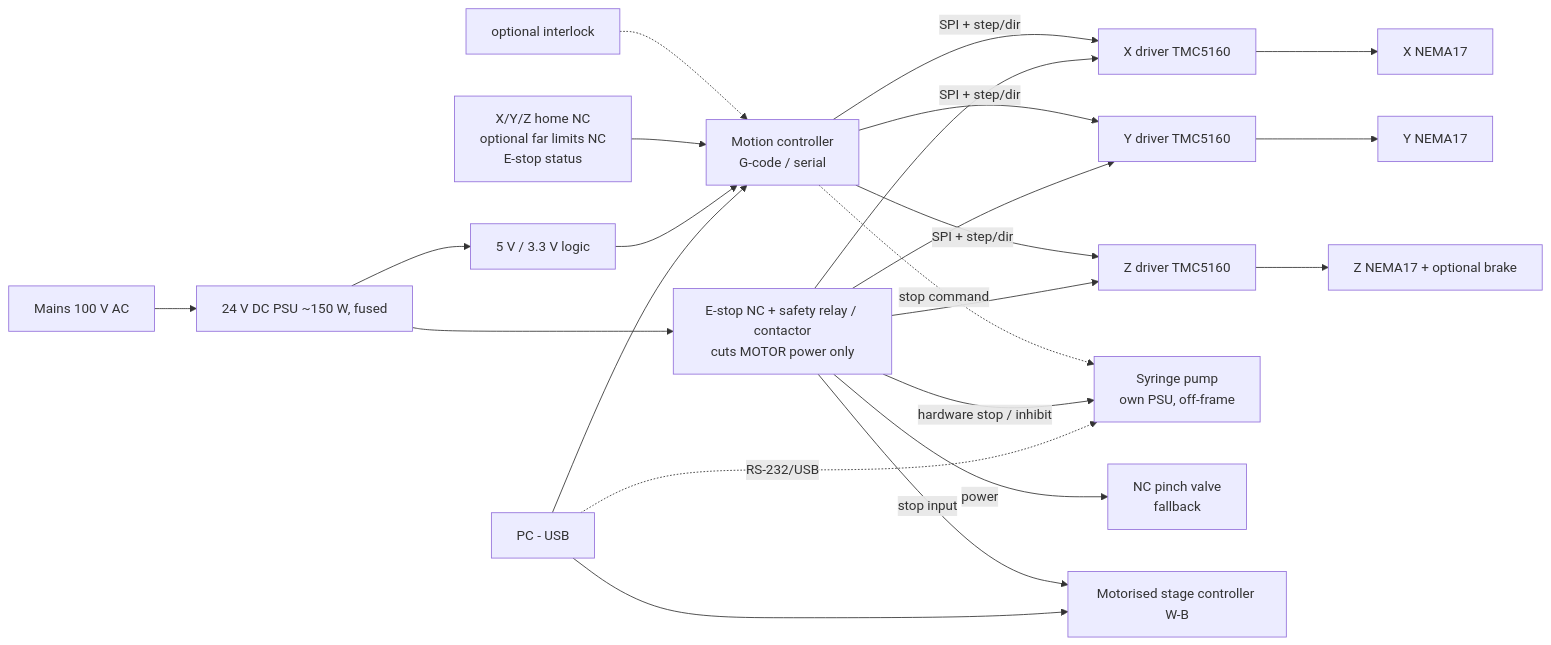
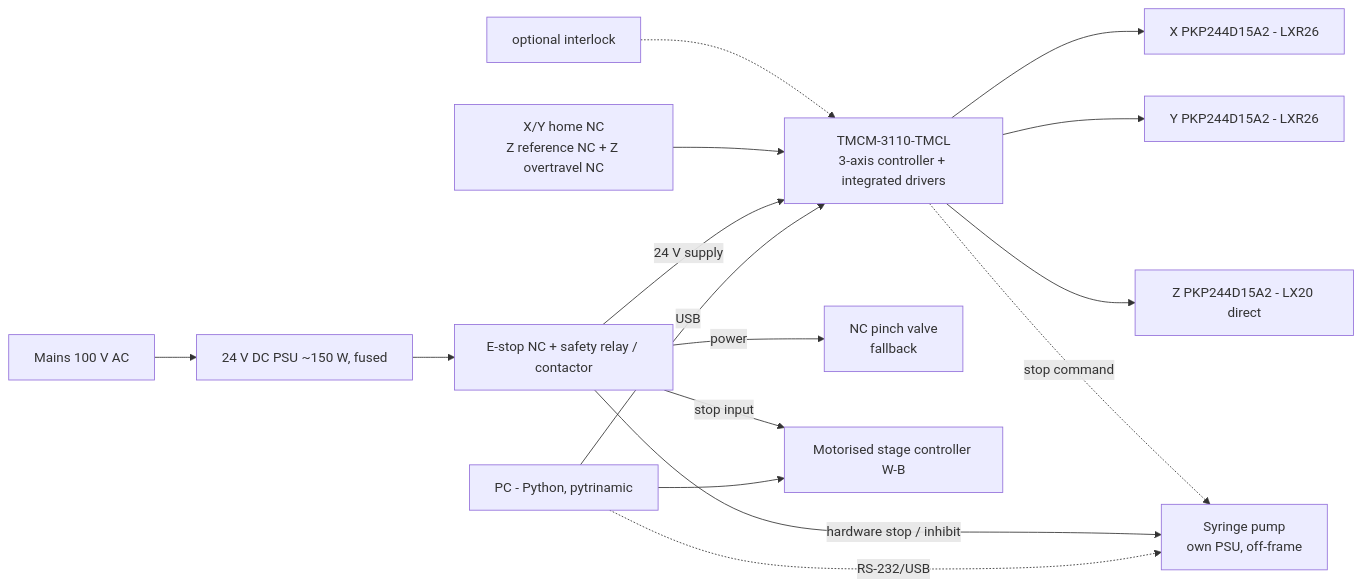
Before and after one commit to Iwamo-yu/picker_: the diagram in docs/06_electrical.md, drawn with Mermaid. The commit also changed other lines of this file and 75 other files, not shown here.

First line of the commit message:
Freeze motion architecture (issue #12): LXR26 X/Y, LX20 Z direct, TMCM-3110 + Python

````diff
--- a/docs/06_electrical.md
+++ b/docs/06_electrical.md
@@ -6,21 +6,18 @@
 ```mermaid
 flowchart LR
   AC[Mains 100 V AC] --> PSU[24 V DC PSU ~150 W, fused]
-  PSU --> ES[E-stop NC + safety relay / contactor<br/>cuts MOTOR power only]
-  PSU --> LOGIC[5 V / 3.3 V logic]
-  PC[PC - USB] --> CTL[Motion controller<br/>G-code / serial]
-  LOGIC --> CTL
-  ES --> DX[X driver TMC5160] & DY[Y driver TMC5160] & DZ[Z driver TMC5160]
-  CTL -- SPI + step/dir --> DX & DY & DZ
-  DX --> MX[X NEMA17]
-  DY --> MY[Y NEMA17]
-  DZ --> MZ[Z NEMA17 + optional brake]
-  SW[X/Y/Z home NC<br/>optional far limits NC<br/>E-stop status] --> CTL
+  PSU --> ES[E-stop NC + safety relay / contactor]
+  PC[PC - Python, pytrinamic] -- USB --> CTL[TMCM-3110-TMCL<br/>3-axis controller + integrated drivers]
+  ES -- 24 V supply --> CTL
+  CTL --> MX[X PKP244D15A2 - LXR26]
+  CTL --> MY[Y PKP244D15A2 - LXR26]
+  CTL --> MZ[Z PKP244D15A2 - LX20 direct]
+  SW[X/Y home NC<br/>Z reference NC + Z overtravel NC] --> CTL
   IL[optional interlock] -.-> CTL
   PC -. RS-232/USB .-> PUMP[Syringe pump<br/>own PSU, off-frame]
   ES -- hardware stop / inhibit --> PUMP
   CTL -. stop command .-> PUMP
   ES -- power --> PV[NC pinch valve<br/>fallback]
   PC --> STG[Motorised stage controller W-B]
   ES -- stop input --> STG
 ```
````
